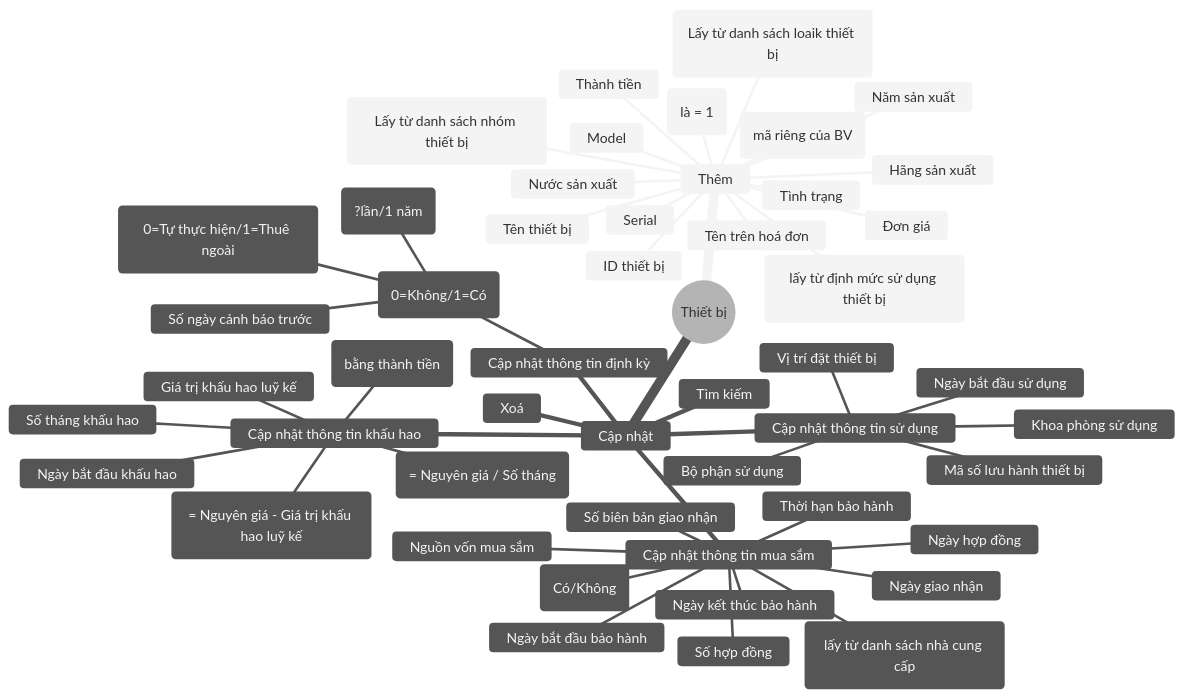
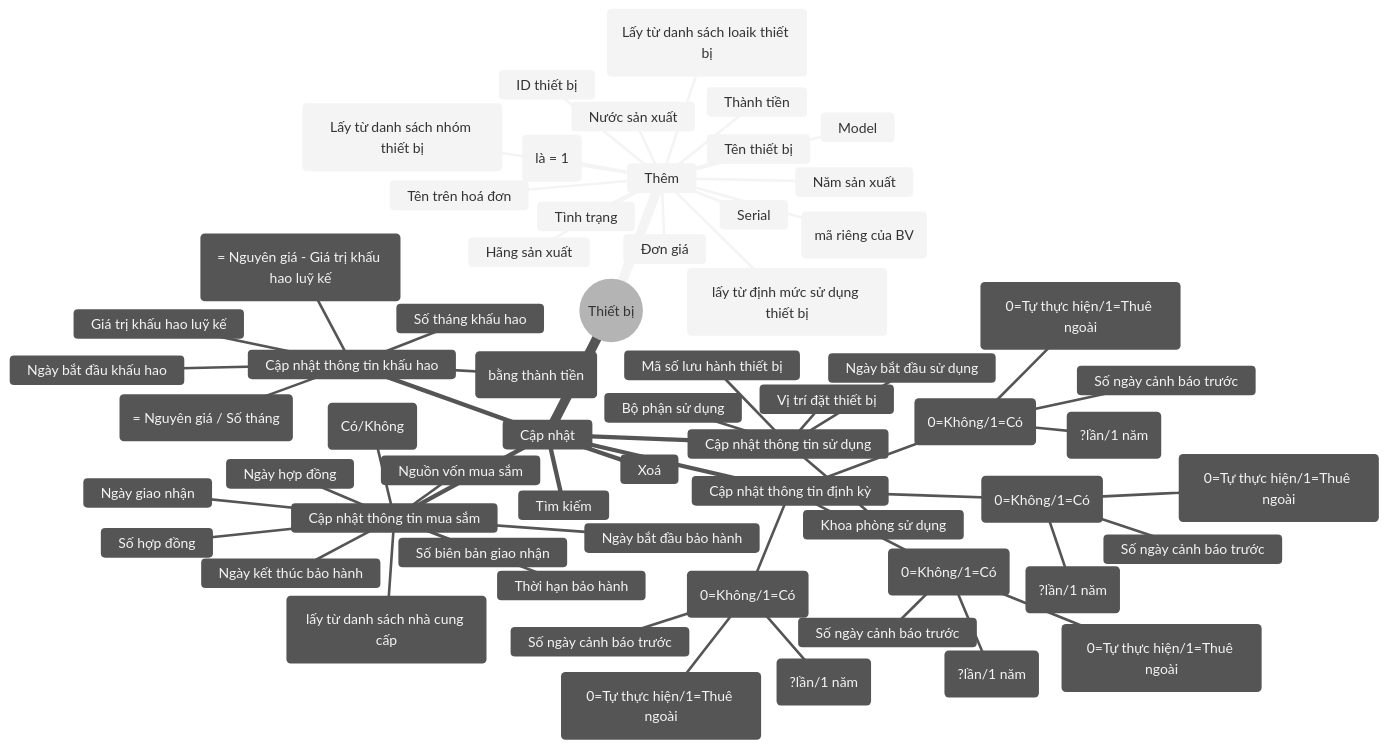
One commit to nthanhdo/mems-brainstorm changed the diagram in mindmap-thietbi.md. Above: the diagram before and after it, drawn with Mermaid (neutral theme).

````diff
--- a/mindmap-thietbi.md
+++ b/mindmap-thietbi.md
@@ -1,55 +1,67 @@
 ```mermaid
 mindmap
   root((Thiết bị))
       Thêm
         ID thiết bị
         Mã thiết bị (mã riêng của BV)
         Tên thiết bị
         Tên trên hoá đơn
         Loại thiết bị (Lấy từ danh sách loaik thiết bị)
         Nhóm thiết bị (Lấy từ danh sách nhóm thiết bị)
         Đinh mức sử dụng thiết bị (lấy từ định mức sử dụng thiết bị)
         Hãng sản xuất
         Nước sản xuất
         Năm sản xuất
         Model
         Serial
         Số lượng (là = 1)
         Đơn giá
         Thành tiền
         Tình trạng
     Cập nhật
       Cập nhật thông tin sử dụng
         Khoa phòng sử dụng
         Bộ phận sử dụng
         Ngày bắt đầu sử dụng
         Vị trí đặt thiết bị
         Mã số lưu hành thiết bị
       Cập nhật thông tin mua sắm
         Nhà cung cấp (lấy từ danh sách nhà cung cấp)
         Số hợp đồng
         Ngày hợp đồng
         Số biên bản giao nhận
         Ngày giao nhận
         Nguồn vốn mua sắm
         Bảo hành (Có/Không)
         Thời hạn bảo hành
         Ngày bắt đầu bảo hành
         Ngày kết thúc bảo hành
       Cập nhật thông tin khấu hao
         Nguyên giá (bằng thành tiền)
         Số tháng khấu hao
         Ngày bắt đầu khấu hao
         Giá trị khấu hao tháng (= Nguyên giá / Số tháng)
         Giá trị khấu hao luỹ kế
         Giá trị còn lại (= Nguyên giá - Giá trị khấu hao luỹ kế)
       Cập nhật thông tin định kỳ
         Bảo trì (0=Không/1=Có)
-          Hình thức thực hiện (0=Tự thực hiện/1=Thuê ngoài)
-          Tần suất thực hiện (?lần/1 năm)
-          Số ngày cảnh báo trước
+            Hình thức thực hiện (0=Tự thực hiện/1=Thuê ngoài)
+            Tần suất thực hiện (?lần/1 năm)
+            Số ngày cảnh báo trước
+        Kiểm định (0=Không/1=Có)
+            Hình thức thực hiện (0=Tự thực hiện/1=Thuê ngoài)
+            Tần suất thực hiện (?lần/1 năm)
+            Số ngày cảnh báo trước
+        Hiệu chuẩn (0=Không/1=Có)
+            Hình thức thực hiện (0=Tự thực hiện/1=Thuê ngoài)
+            Tần suất thực hiện (?lần/1 năm)
+            Số ngày cảnh báo trước
+        Kiểm chuẩn (0=Không/1=Có)
+            Hình thức thực hiện (0=Tự thực hiện/1=Thuê ngoài)
+            Tần suất thực hiện (?lần/1 năm)
+            Số ngày cảnh báo trước
       Xoá
         
       Tìm kiếm
       
 ```
````
